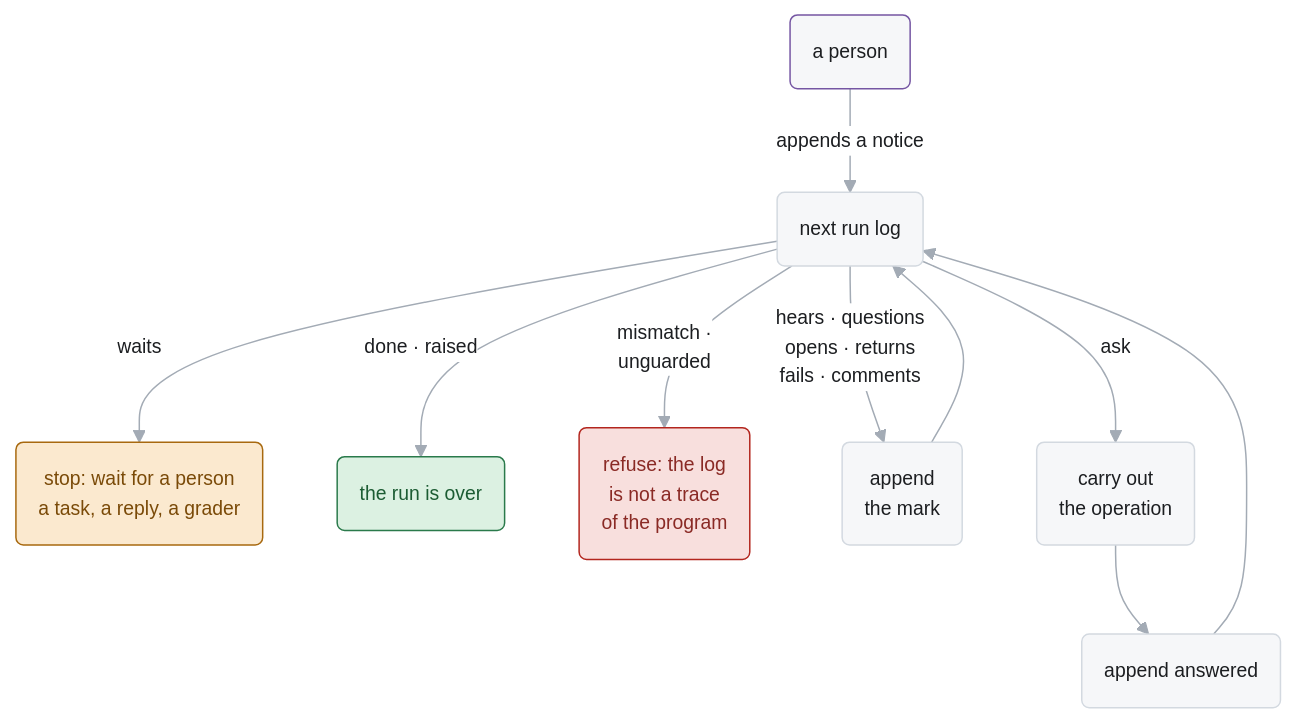
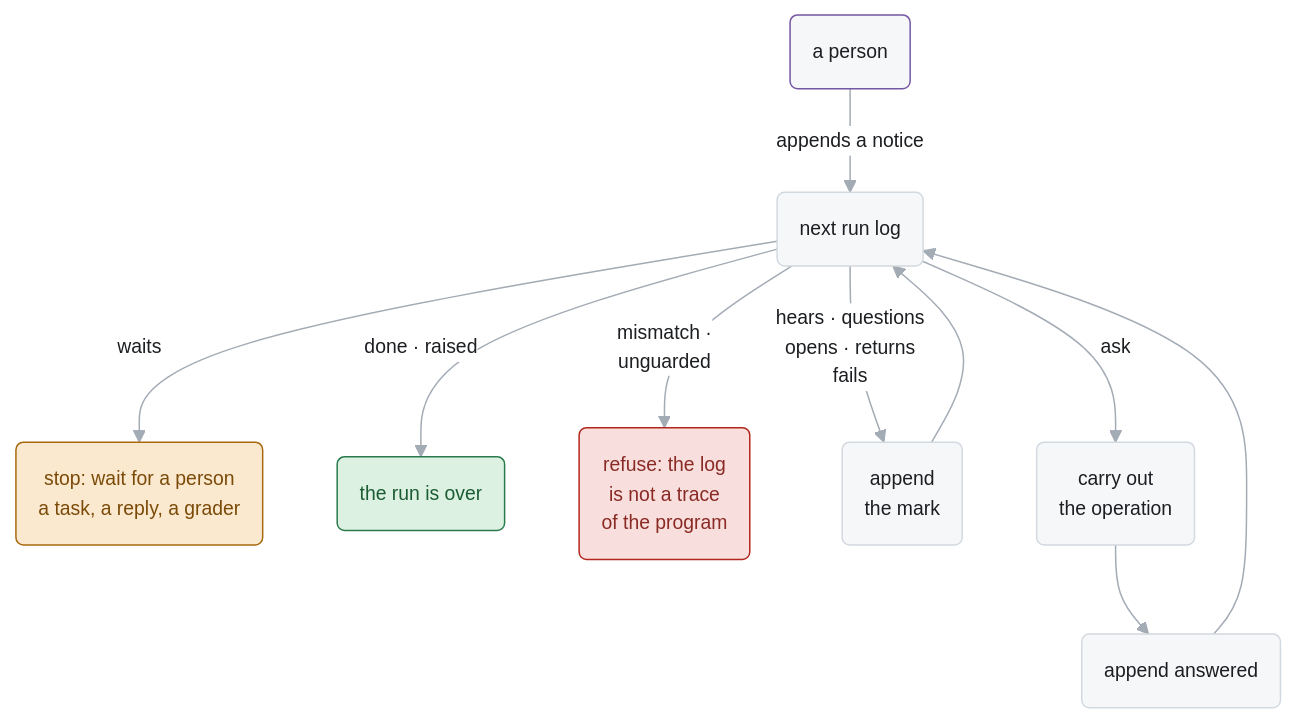
One commit to pku-xht/alaya changed the third of 6 diagrams in docs/agent-api.md. Above: the diagram before and after it, drawn with Mermaid. The commit also changed other lines of this file and 19 other files, not shown here.

First line of the commit message:
Make comments plain text that replay passes over, written before the next event

````diff
--- a/docs/agent-api.md
+++ b/docs/agent-api.md
@@ -402,18 +403,18 @@
 ```mermaid
 %%{init: {"theme": "base", "themeVariables": {"fontFamily": "BlinkMacSystemFont, Segoe UI, Helvetica, Arial", "fontSize": "13px", "primaryColor": "#f6f7f9", "primaryTextColor": "#1c1e21", "primaryBorderColor": "#d3d9e0", "lineColor": "#a3abb5", "textColor": "#6f7985", "edgeLabelBackground": "#ffffff", "clusterBkg": "#fafbfc", "clusterBorder": "#e3e6ea"}}}%%
 flowchart TD
   classDef notice stroke:#7556a3
   classDef ok fill:#dcf1e2,stroke:#2a7a4b,color:#1c5c33
   classDef bad fill:#f8dfdd,stroke:#b3261e,color:#8a2a25
   classDef wait fill:#fbe9cf,stroke:#a8690f,color:#7a4a08
 
   person("a person"):::notice -- "appends a notice" --> next("next run log")
   next -- "waits" --> waits("stop: wait for a person<br/>a task, a reply, a grader"):::wait
   next -- "done · raised" --> over("the run is over"):::ok
   next -- "mismatch ·<br/>unguarded" --> refuse("refuse: the log<br/>is not a trace<br/>of the program"):::bad
-  next -- "hears · questions<br/>opens · returns<br/>fails · comments" --> mark("append<br/>the mark")
+  next -- "hears · questions<br/>opens · returns<br/>fails" --> mark("append<br/>the mark")
   mark --> next
   next -- "ask" --> act("carry out<br/>the operation") --> answered("append answered")
   answered --> next
   linkStyle default stroke-width:1px
 ```
````
